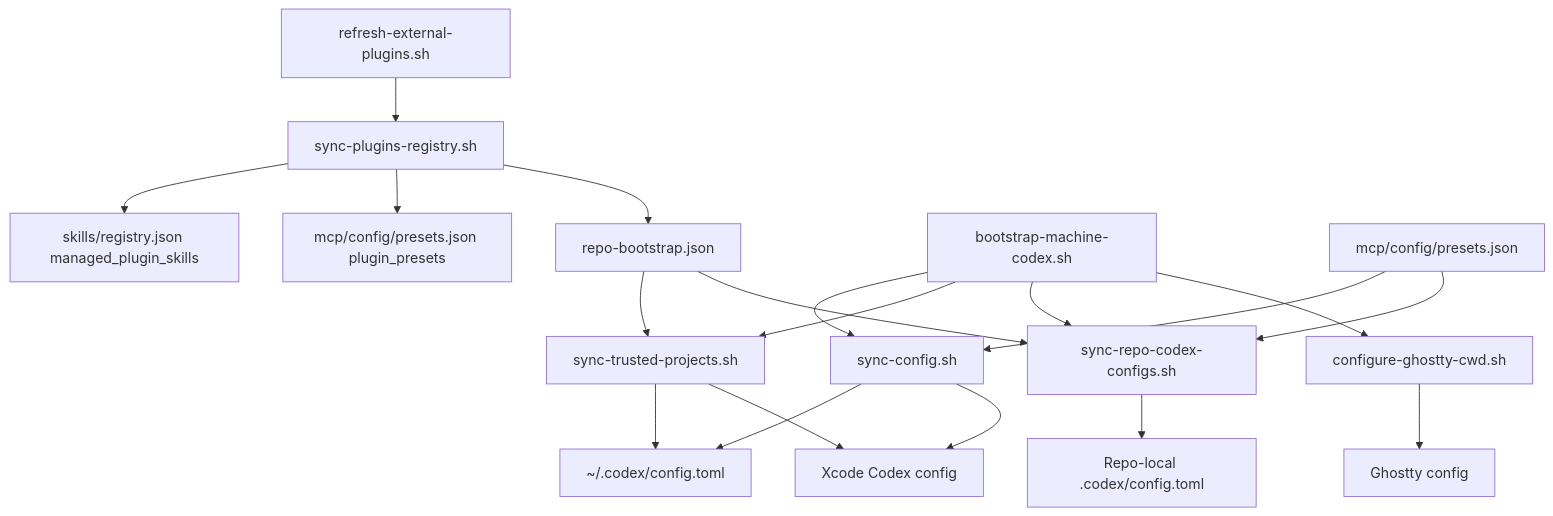
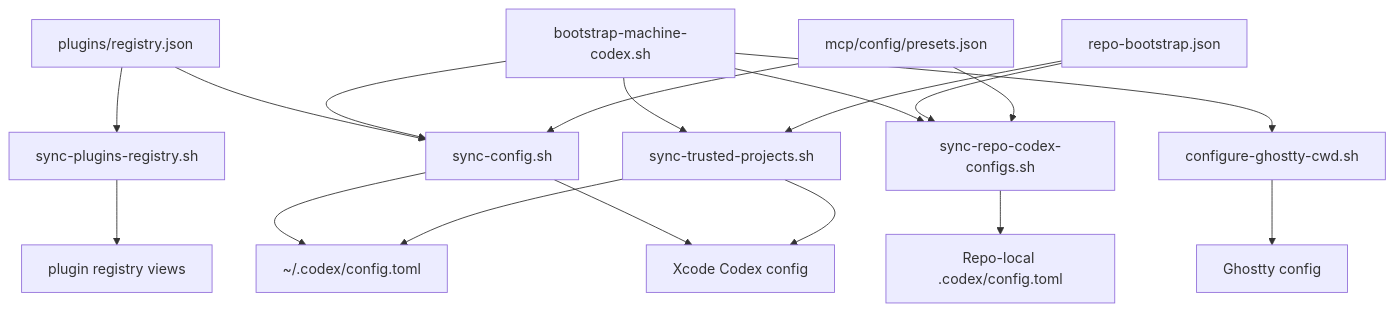
The first of 6 diagrams in docs/architecture/codex-control-plane-script-flows.md (wisdom-in-a-nutshell/.agents), drawn with Mermaid before and after one commit. The commit also changed other lines of this file and 46 other files, not shown here.

````diff
--- a/docs/architecture/codex-control-plane-script-flows.md
+++ b/docs/architecture/codex-control-plane-script-flows.md
@@ -20,21 +20,20 @@
 ```mermaid
 flowchart TD
-    P[refresh-external-plugins.sh] --> Q[sync-plugins-registry.sh]
-    Q --> S[skills/registry.json managed_plugin_skills]
-    Q --> T[mcp/config/presets.json plugin_presets]
-    Q --> R[repo-bootstrap.json plugin_mcp_presets]
+    P[plugins/registry.json] --> Q[sync-plugins-registry.sh]
+    P --> B[sync-config.sh]
+    Q --> V[plugin registry views]
     A[bootstrap-machine-codex.sh] --> B[sync-config.sh]
     A --> C[sync-trusted-projects.sh]
     A --> D[sync-repo-codex-configs.sh]
     A --> E[configure-ghostty-cwd.sh]
     R[repo-bootstrap.json] --> C
     R --> D
     M[mcp/config/presets.json] --> B
     M --> D
     B --> F[~/.codex/config.toml]
     B --> G[Xcode Codex config]
     C --> F
     C --> G
     D --> H[Repo-local .codex/config.toml]
     E --> I[Ghostty config]
 ```
````
